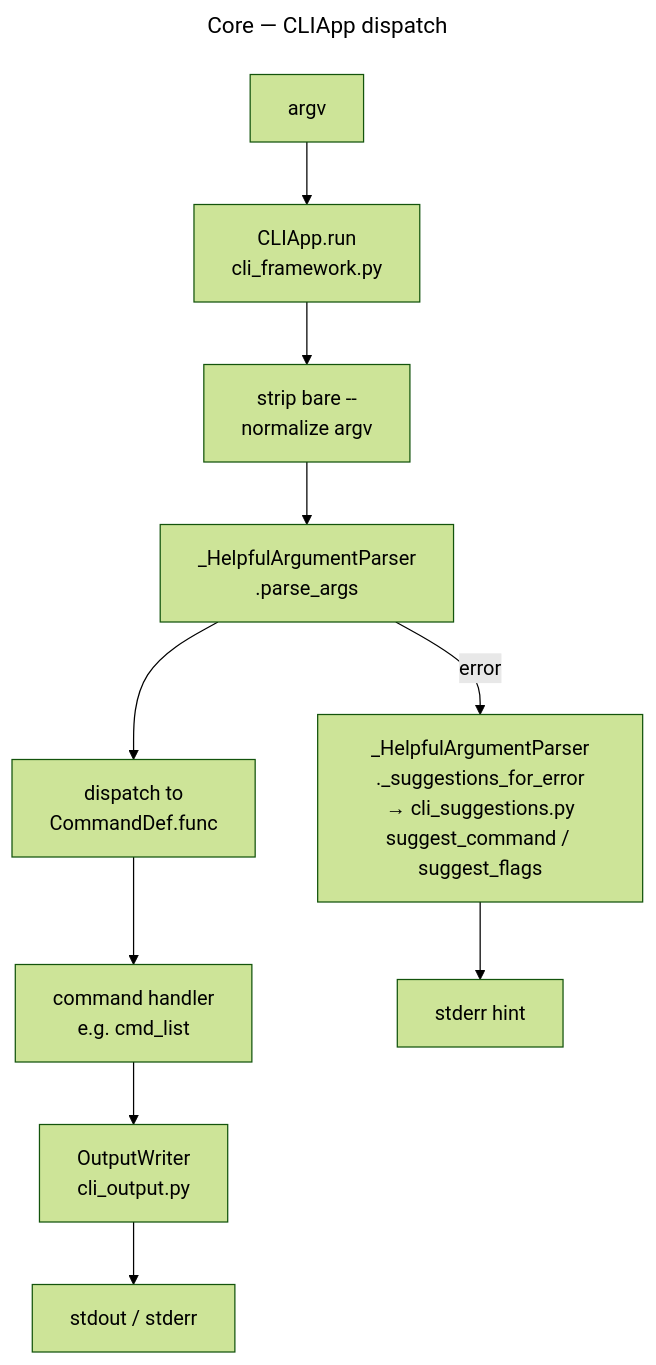
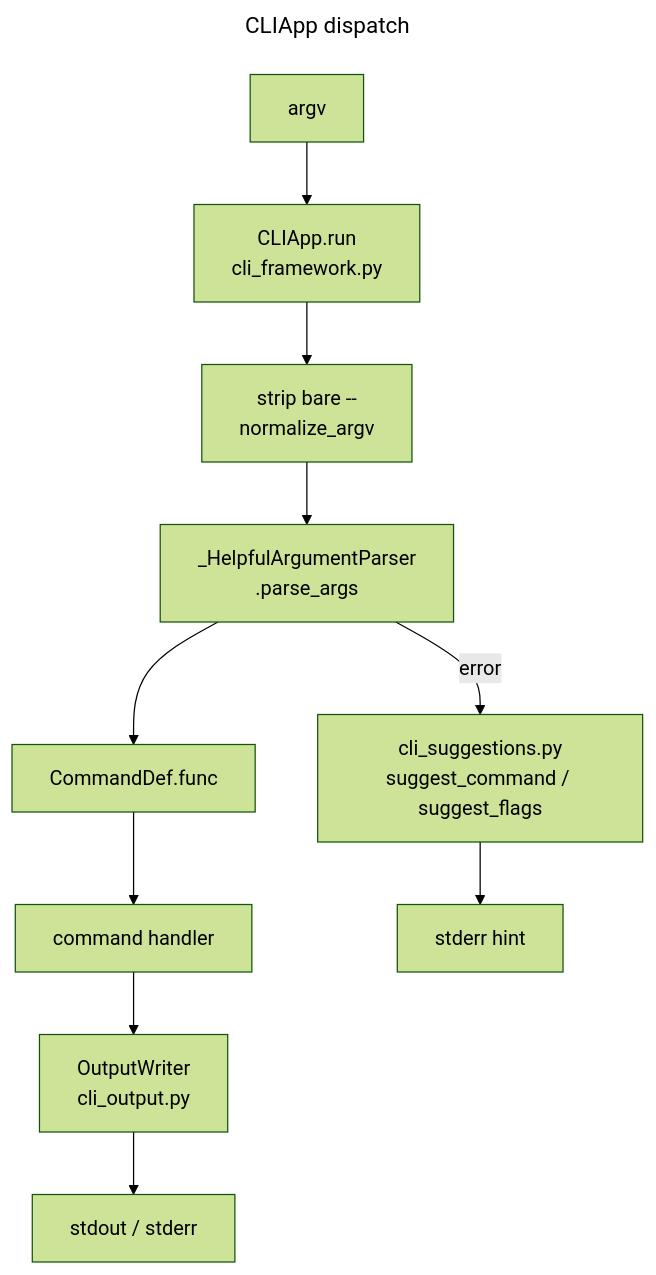
Before and after one commit to dancing-bear-show/dancing-bear: the first of 2 diagrams in src/core/README.md, drawn with Mermaid (forest theme). The commit also changed other lines of this file and 45 other files, not shown here.

````diff
--- a/src/core/README.md
+++ b/src/core/README.md
@@ -7,15 +7,15 @@
 ```mermaid
 ---
-title: Core — CLIApp dispatch
+title: CLIApp dispatch
 ---
 flowchart TB
     argv[argv] --> app[CLIApp.run\ncli_framework.py]
-    app --> strip[strip bare --\nnormalize argv]
+    app --> strip[strip bare --\nnormalize_argv]
     strip --> parse[_HelpfulArgumentParser\n.parse_args]
-    parse --> dispatch[dispatch to\nCommandDef.func]
-    dispatch --> handler[command handler\ne.g. cmd_list]
+    parse --> dispatch[CommandDef.func]
+    dispatch --> handler[command handler]
     handler --> writer[OutputWriter\ncli_output.py]
     writer --> stdout[stdout / stderr]
-    parse -->|error| suggest[_HelpfulArgumentParser\n._suggestions_for_error\n→ cli_suggestions.py\nsuggest_command / suggest_flags]
+    parse -->|error| suggest[cli_suggestions.py\nsuggest_command / suggest_flags]
     suggest --> stderr[stderr hint]
 ```
````
